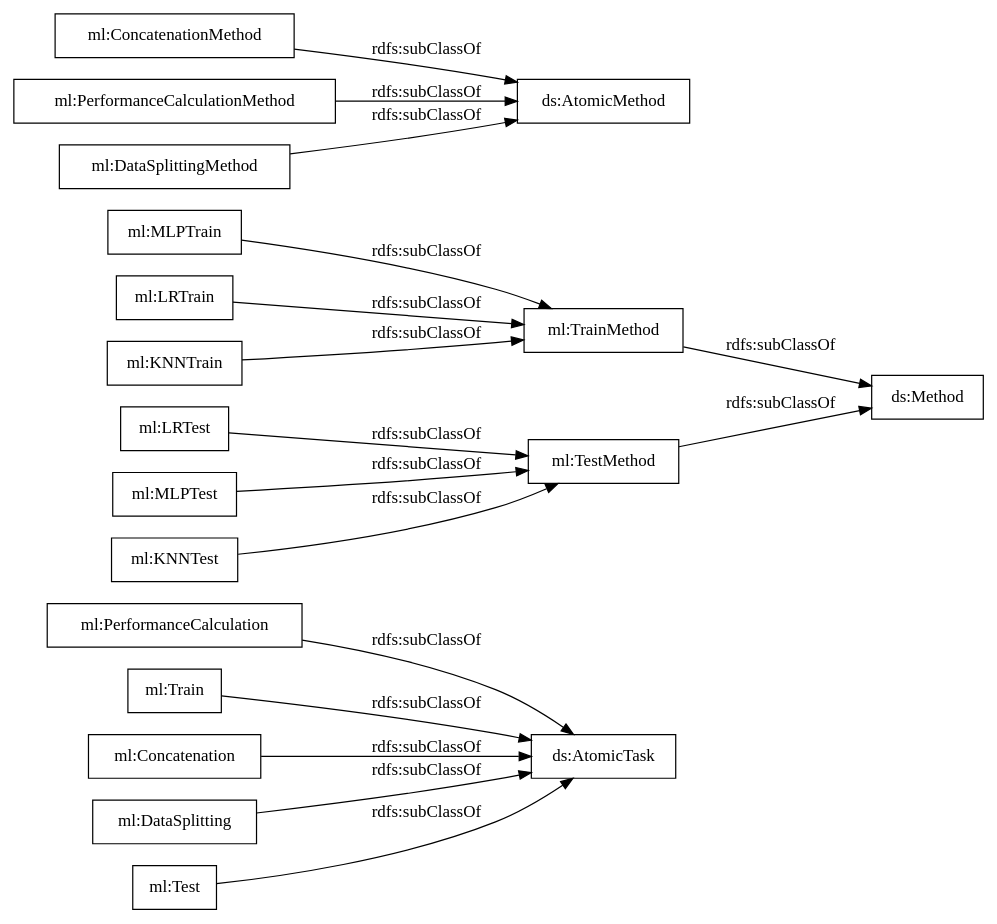
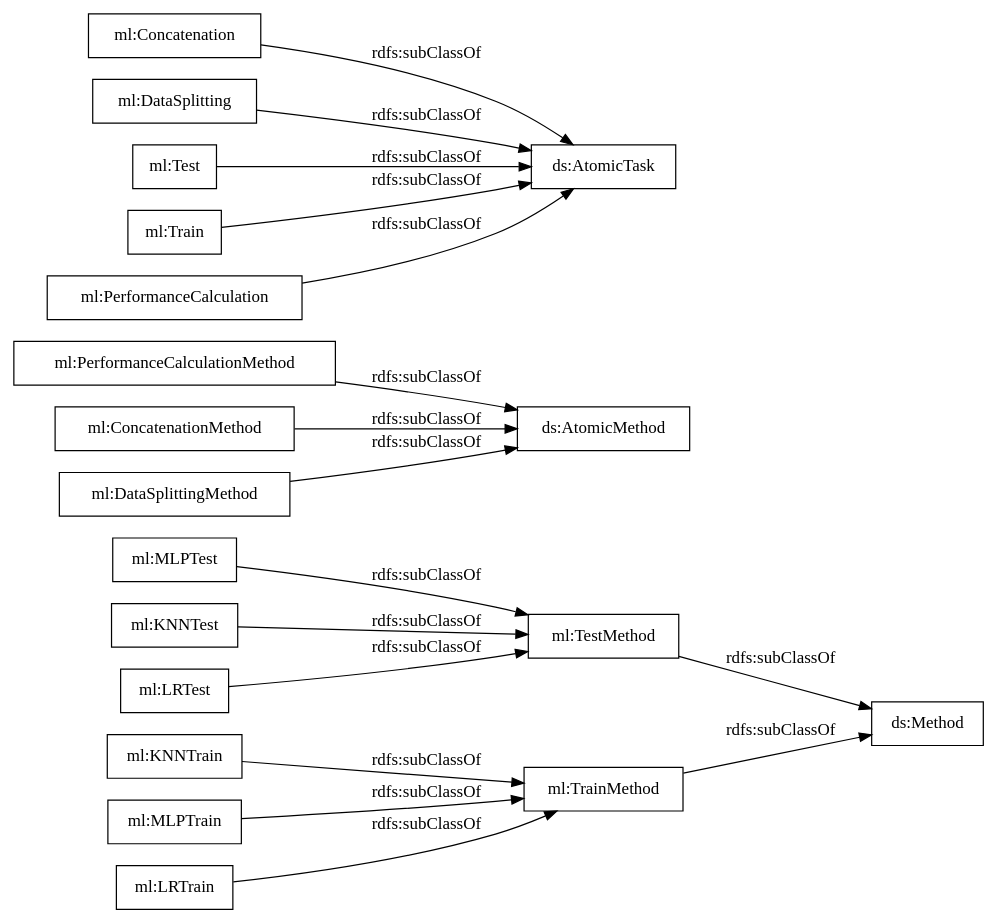
The diagram in OnToology/ml_exeKGOntology.ttl/diagrams/ar2dtool-taxonomy/ml_exeKGOntology.ttl.png.dot (nsai-uio/ExeKGOntology), drawn with Graphviz before and after one commit. The commit also changed 37 other files, not shown here.

```diff
--- a/OnToology/ml_exeKGOntology.ttl/diagrams/ar2dtool-taxonomy/ml_exeKGOntology.ttl.png.dot
+++ b/OnToology/ml_exeKGOntology.ttl/diagrams/ar2dtool-taxonomy/ml_exeKGOntology.ttl.png.dot
@@ -1,22 +1,22 @@
 digraph ar2dtool_diagram { 
 rankdir=LR;
 size="1000"
-node [shape = rectangle, color="black"]; "ml:PerformanceCalculation" "ml:TestMethod" "ml:LRTest" "ml:MLPTest" "ml:MLPTrain" "ml:KNNTest" "ml:TrainMethod" "ml:Train" "ml:Concatenation" "ml:LRTrain" "ml:ConcatenationMethod" "ml:PerformanceCalculationMethod" "ml:DataSplitting" "ml:Test" "ml:KNNTrain" "ml:DataSplittingMethod" ; /*classes style*/
+node [shape = rectangle, color="black"]; "ml:TrainMethod" "ml:PerformanceCalculationMethod" "ml:Concatenation" "ml:ConcatenationMethod" "ml:MLPTest" "ml:DataSplitting" "ml:KNNTest" "ml:Test" "ml:DataSplittingMethod" "ml:Train" "ml:PerformanceCalculation" "ml:LRTest" "ml:KNNTrain" "ml:MLPTrain" "ml:TestMethod" "ml:LRTrain" ; /*classes style*/
+	"ml:DataSplitting" -> "ds:AtomicTask" [ label = "rdfs:subClassOf" ];
+	"ml:Train" -> "ds:AtomicTask" [ label = "rdfs:subClassOf" ];
+	"ml:MLPTrain" -> "ml:TrainMethod" [ label = "rdfs:subClassOf" ];
+	"ml:Concatenation" -> "ds:AtomicTask" [ label = "rdfs:subClassOf" ];
+	"ml:MLPTest" -> "ml:TestMethod" [ label = "rdfs:subClassOf" ];
 	"ml:TrainMethod" -> "ds:Method" [ label = "rdfs:subClassOf" ];
+	"ml:TestMethod" -> "ds:Method" [ label = "rdfs:subClassOf" ];
+	"ml:DataSplittingMethod" -> "ds:AtomicMethod" [ label = "rdfs:subClassOf" ];
 	"ml:KNNTrain" -> "ml:TrainMethod" [ label = "rdfs:subClassOf" ];
+	"ml:LRTrain" -> "ml:TrainMethod" [ label = "rdfs:subClassOf" ];
+	"ml:KNNTest" -> "ml:TestMethod" [ label = "rdfs:subClassOf" ];
+	"ml:LRTest" -> "ml:TestMethod" [ label = "rdfs:subClassOf" ];
+	"ml:Test" -> "ds:AtomicTask" [ label = "rdfs:subClassOf" ];
+	"ml:PerformanceCalculation" -> "ds:AtomicTask" [ label = "rdfs:subClassOf" ];
+	"ml:ConcatenationMethod" -> "ds:AtomicMethod" [ label = "rdfs:subClassOf" ];
 	"ml:PerformanceCalculationMethod" -> "ds:AtomicMethod" [ label = "rdfs:subClassOf" ];
-	"ml:DataSplittingMethod" -> "ds:AtomicMethod" [ label = "rdfs:subClassOf" ];
-	"ml:MLPTest" -> "ml:TestMethod" [ label = "rdfs:subClassOf" ];
-	"ml:DataSplitting" -> "ds:AtomicTask" [ label = "rdfs:subClassOf" ];
-	"ml:Test" -> "ds:AtomicTask" [ label = "rdfs:subClassOf" ];
-	"ml:ConcatenationMethod" -> "ds:AtomicMethod" [ label = "rdfs:subClassOf" ];
-	"ml:PerformanceCalculation" -> "ds:AtomicTask" [ label = "rdfs:subClassOf" ];
-	"ml:Concatenation" -> "ds:AtomicTask" [ label = "rdfs:subClassOf" ];
-	"ml:KNNTest" -> "ml:TestMethod" [ label = "rdfs:subClassOf" ];
-	"ml:Train" -> "ds:AtomicTask" [ label = "rdfs:subClassOf" ];
-	"ml:TestMethod" -> "ds:Method" [ label = "rdfs:subClassOf" ];
-	"ml:MLPTrain" -> "ml:TrainMethod" [ label = "rdfs:subClassOf" ];
-	"ml:LRTest" -> "ml:TestMethod" [ label = "rdfs:subClassOf" ];
-	"ml:LRTrain" -> "ml:TrainMethod" [ label = "rdfs:subClassOf" ];
 
 }
```
